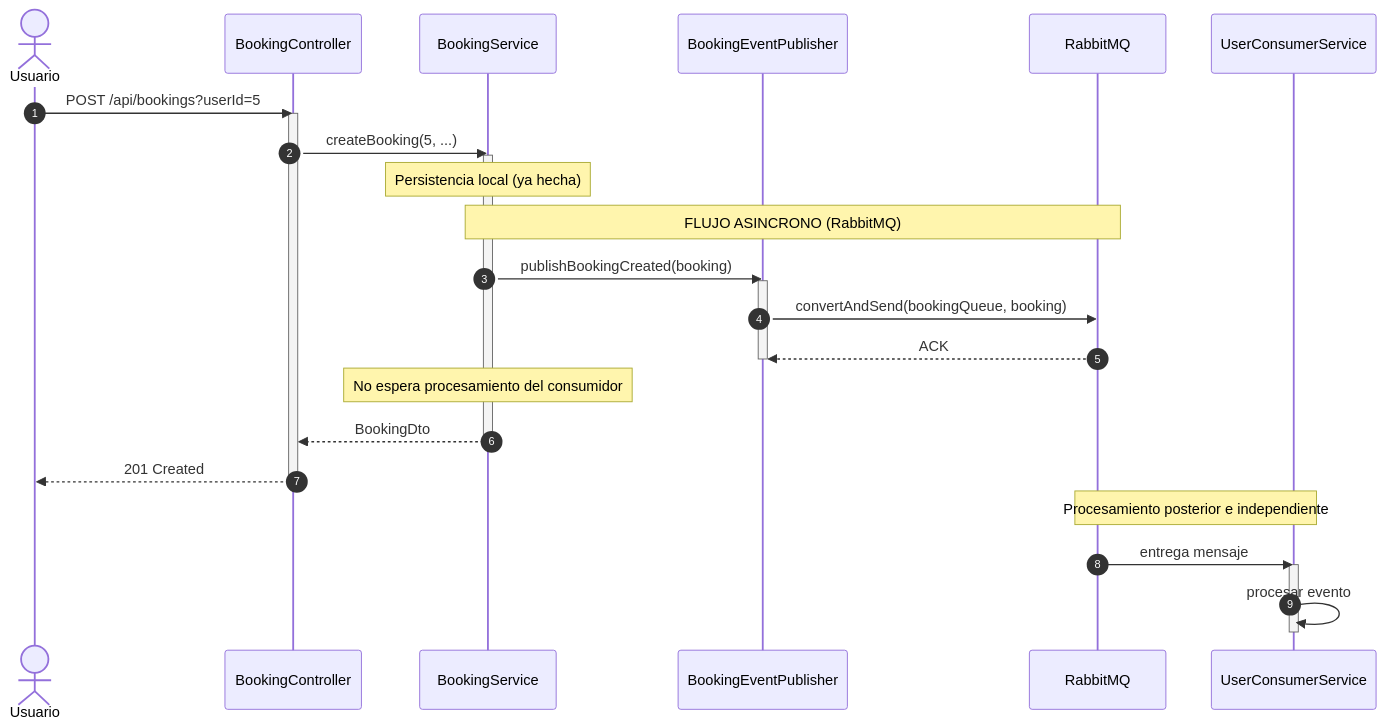
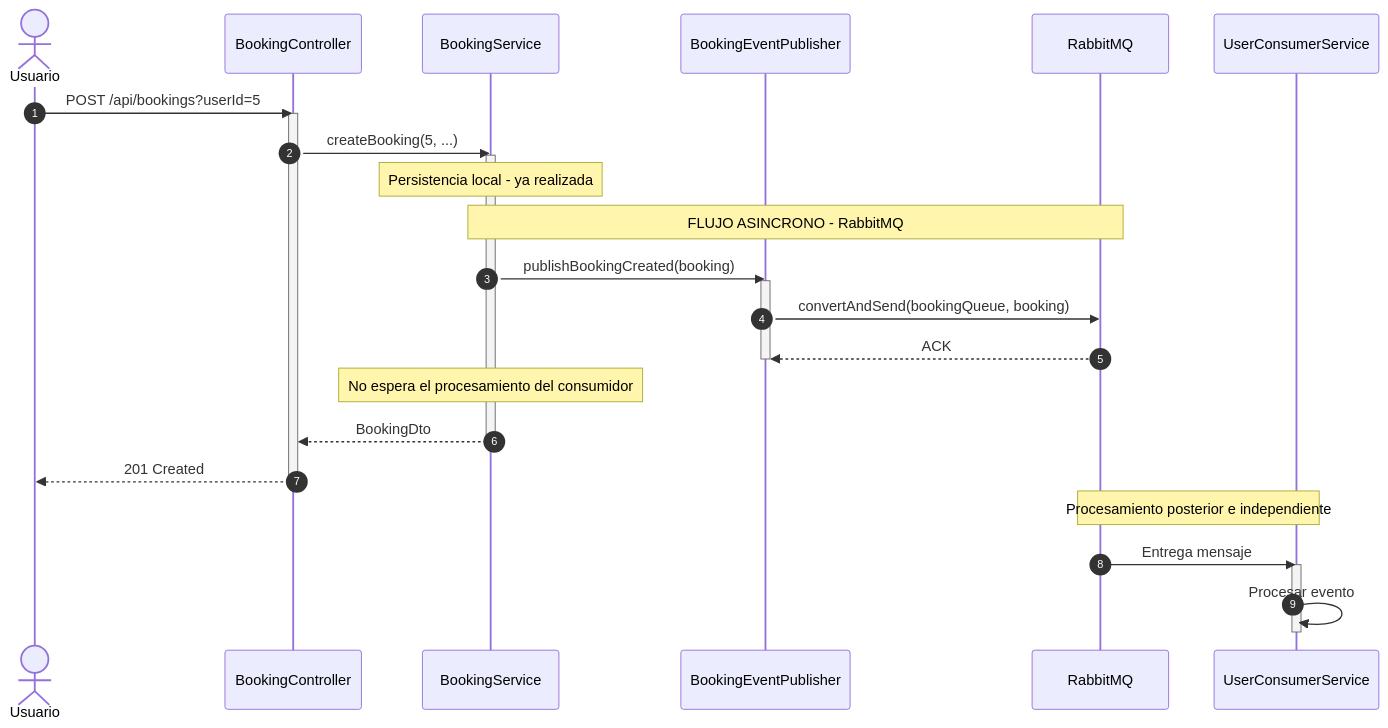
One commit to arielhurtado/springbootexamples changed the fifth of 5 diagrams in BokingGymNewVersion/architecture.md. Above: the diagram before and after it, drawn with Mermaid. The commit also changed other lines of this file, not shown here.

First line of the commit message:
Normaliza sintaxis y mejora diagramas en arquitectura

````diff
--- a/BokingGymNewVersion/architecture.md
+++ b/BokingGymNewVersion/architecture.md
@@ -321,36 +324,36 @@
 ```mermaid
 sequenceDiagram
     autonumber
     actor U as Usuario
     participant C as BookingController
     participant S as BookingService
     participant P as BookingEventPublisher
     participant Q as RabbitMQ
     participant Cons as UserConsumerService
 
     U->>C: POST /api/bookings?userId=5
     activate C
     C->>S: createBooking(5, ...)
     activate S
 
-    Note over S: Persistencia local (ya hecha)
-    Note over S,Q: FLUJO ASINCRONO (RabbitMQ)
+    Note over S: Persistencia local - ya realizada
+    Note over S,Q: FLUJO ASINCRONO - RabbitMQ
 
     S->>P: publishBookingCreated(booking)
     activate P
     P->>Q: convertAndSend(bookingQueue, booking)
     Q-->>P: ACK
     deactivate P
-    Note over S: No espera procesamiento del consumidor
 
+    Note over S: No espera el procesamiento del consumidor
     S-->>C: BookingDto
     deactivate S
     C-->>U: 201 Created
     deactivate C
 
     Note over Q,Cons: Procesamiento posterior e independiente
-    Q->>Cons: entrega mensaje
+    Q->>Cons: Entrega mensaje
     activate Cons
-    Cons->>Cons: procesar evento
+    Cons->>Cons: Procesar evento
     deactivate Cons
 ```
````
